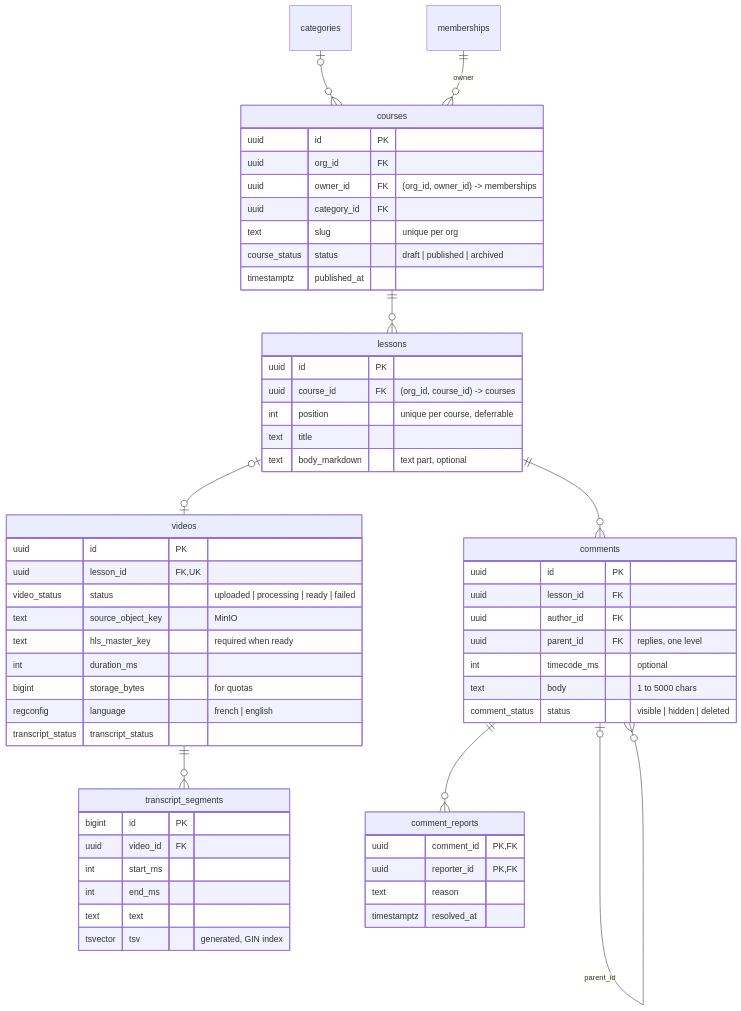
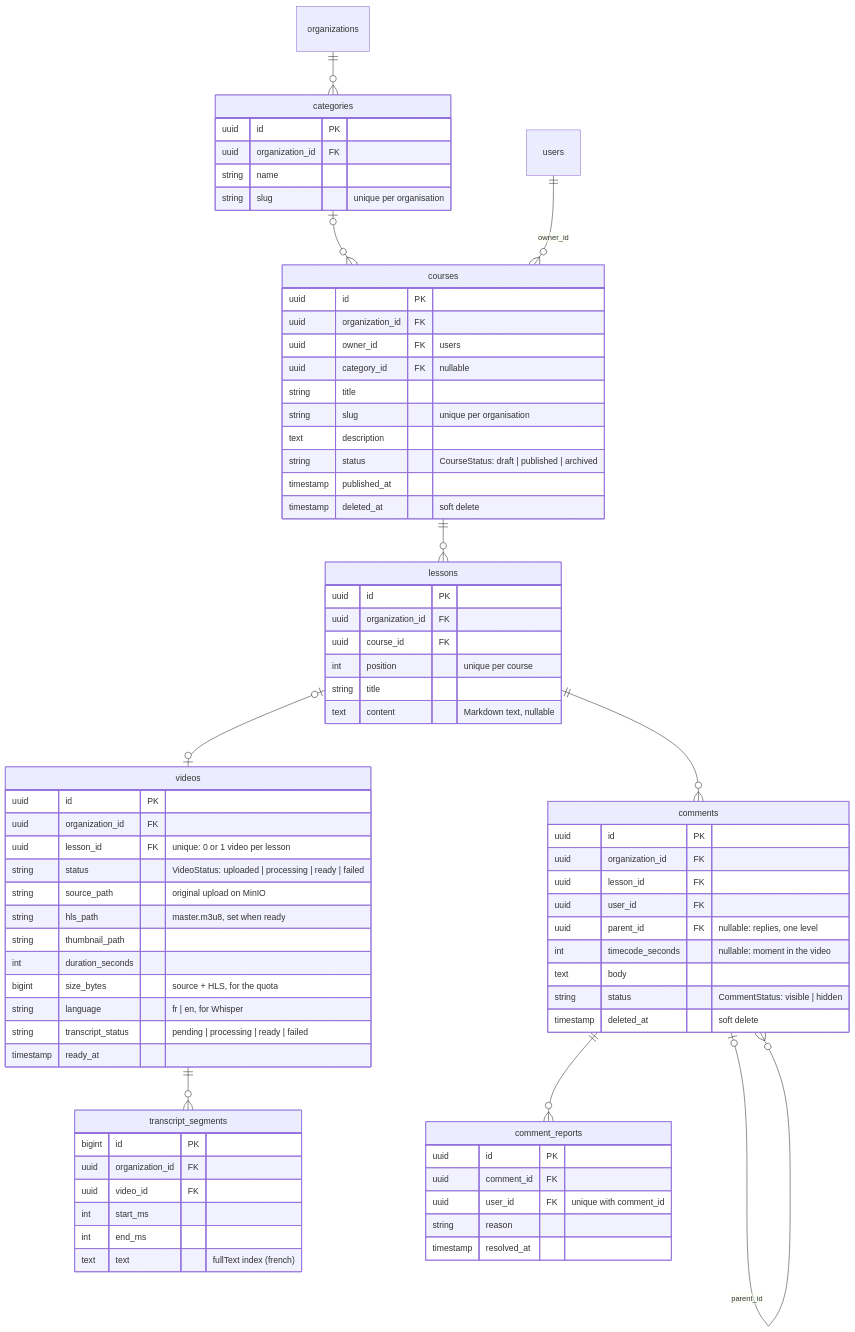
Before and after one commit to lucaszebre/ANNUALPROJECT-IWJ3: the third of 6 diagrams in docs/data-model.md, drawn with Mermaid. The commit also changed other lines of this file and 2 other files, not shown here.

````diff
--- a/docs/data-model.md
+++ b/docs/data-model.md
@@ -108,61 +91,78 @@
 ```mermaid
 erDiagram
+    organizations ||--o{ categories : ""
     categories |o--o{ courses : ""
-    memberships ||--o{ courses : "owner"
+    users ||--o{ courses : "owner_id"
     courses ||--o{ lessons : ""
     lessons |o--o| videos : ""
     videos ||--o{ transcript_segments : ""
     lessons ||--o{ comments : ""
     comments |o--o{ comments : "parent_id"
     comments ||--o{ comment_reports : ""
+    categories {
+        uuid id PK
+        uuid organization_id FK
+        string name
+        string slug "unique per organisation"
+    }
     courses {
         uuid id PK
-        uuid org_id FK
-        uuid owner_id FK "(org_id, owner_id) -> memberships"
-        uuid category_id FK
-        text slug "unique per org"
-        course_status status "draft | published | archived"
-        timestamptz published_at
+        uuid organization_id FK
+        uuid owner_id FK "users"
+        uuid category_id FK "nullable"
+        string title
+        string slug "unique per organisation"
+        text description
+        string status "CourseStatus: draft | published | archived"
+        timestamp published_at
+        timestamp deleted_at "soft delete"
     }
     lessons {
         uuid id PK
-        uuid course_id FK "(org_id, course_id) -> courses"
-        int position "unique per course, deferrable"
-        text title
-        text body_markdown "text part, optional"
+        uuid organization_id FK
+        uuid course_id FK
+        int position "unique per course"
+        string title
+        text content "Markdown text, nullable"
     }
     videos {
         uuid id PK
-        uuid lesson_id FK, UK
-        video_status status "uploaded | processing | ready | failed"
-        text source_object_key "MinIO"
-        text hls_master_key "required when ready"
-        int duration_ms
-        bigint storage_bytes "for quotas"
-        regconfig language "french | english"
-        transcript_status transcript_status
+        uuid organization_id FK
+        uuid lesson_id FK "unique: 0 or 1 video per lesson"
+        string status "VideoStatus: uploaded | processing | ready | failed"
+        string source_path "original upload on MinIO"
+        string hls_path "master.m3u8, set when ready"
+        string thumbnail_path
+        int duration_seconds
+        bigint size_bytes "source + HLS, for the quota"
+        string language "fr | en, for Whisper"
+        string transcript_status "pending | processing | ready | failed"
+        timestamp ready_at
     }
     transcript_segments {
         bigint id PK
+        uuid organization_id FK
         uuid video_id FK
         int start_ms
         int end_ms
-        text text
-        tsvector tsv "generated, GIN index"
+        text text "fullText index (french)"
     }
     comments {
         uuid id PK
+        uuid organization_id FK
         uuid lesson_id FK
-        uuid author_id FK
-        uuid parent_id FK "replies, one level"
-        int timecode_ms "optional"
-        text body "1 to 5000 chars"
-        comment_status status "visible | hidden | deleted"
+        uuid user_id FK
+        uuid parent_id FK "nullable: replies, one level"
+        int timecode_seconds "nullable: moment in the video"
+        text body
+        string status "CommentStatus: visible | hidden"
+        timestamp deleted_at "soft delete"
     }
     comment_reports {
-        uuid comment_id PK, FK
-        uuid reporter_id PK, FK
-        text reason
-        timestamptz resolved_at
+        uuid id PK
+        uuid comment_id FK
+        uuid user_id FK "unique with comment_id"
+        string reason
+        timestamp resolved_at
     }
 ```
````
